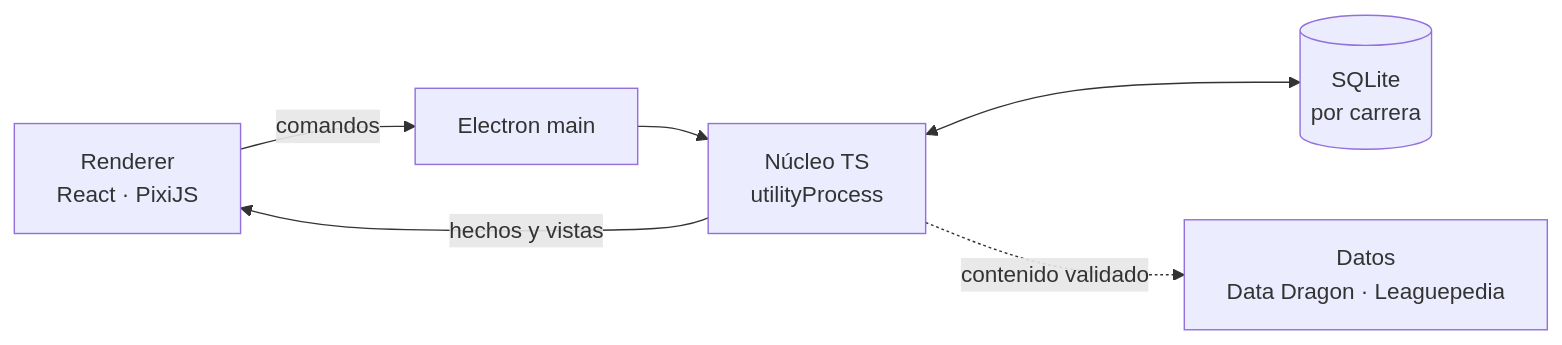
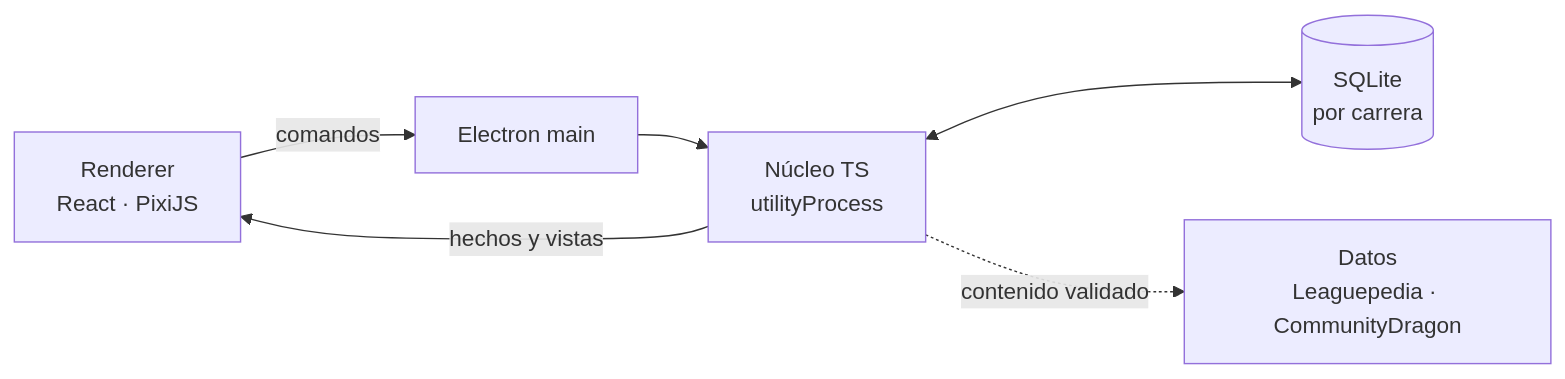
The first of 2 diagrams in README.md (nbfrodri/riftlegends), drawn with Mermaid before and after one commit. The commit also changed other lines of this file, not shown here.

Commit message:
docs(readme): update status, roadmap and real data commands

````diff
--- a/README.md
+++ b/README.md
@@ -61,8 +62,8 @@
 ```mermaid
 flowchart LR
   UI["Renderer<br/>React · PixiJS"] -- comandos --> Main["Electron main"]
   Main --> Core["Núcleo TS<br/>utilityProcess"]
   Core -- hechos y vistas --> UI
   Core <--> DB[("SQLite<br/>por carrera")]
-  Core -. contenido validado .-> Content["Datos<br/>Data Dragon · Leaguepedia"]
+  Core -. contenido validado .-> Content["Datos<br/>Leaguepedia · CommunityDragon"]
 ```
````
